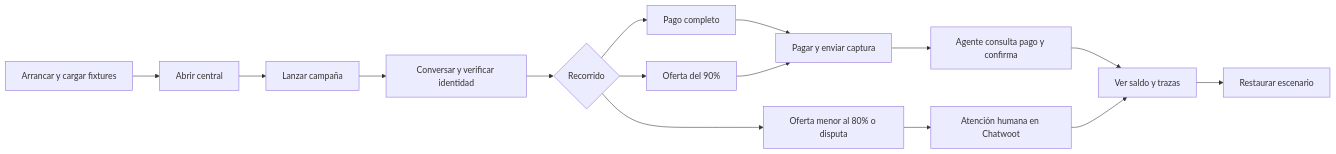
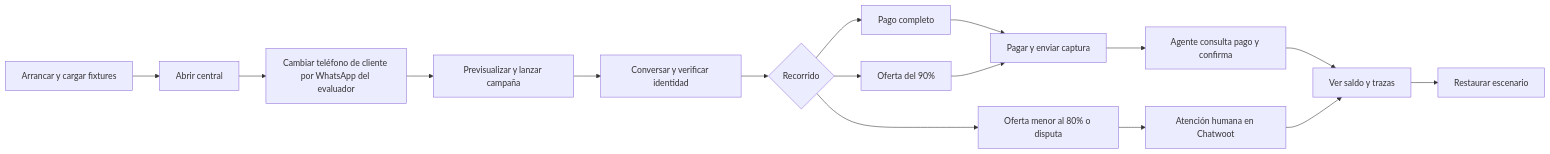
The fifth of 5 diagrams in specs/prd.md (cristiandrangel/proyecto-agil), drawn with Mermaid before and after one commit. The commit also changed other lines of this file and 1 other file, not shown here.

Commit message:
docs: precisa flujo del evaluador y métricas de cobranza

````diff
--- a/specs/prd.md
+++ b/specs/prd.md
@@ -587,17 +645,18 @@
 ```mermaid
 flowchart LR
     A["Arrancar y cargar fixtures"] --> B["Abrir central"]
-    B --> C["Lanzar campaña"]
+    B --> N["Cambiar teléfono de cliente por WhatsApp del evaluador"]
+    N --> C["Previsualizar y lanzar campaña"]
     C --> D["Conversar y verificar identidad"]
     D --> E{"Recorrido"}
     E --> F["Pago completo"]
     E --> G["Oferta del 90%"]
     E --> H["Oferta menor al 80% o disputa"]
     F --> I["Pagar y enviar captura"]
     G --> I
     I --> J["Agente consulta pago y confirma"]
     H --> K["Atención humana en Chatwoot"]
     J --> L["Ver saldo y trazas"]
     K --> L
     L --> R["Restaurar escenario"]
 ```
````
